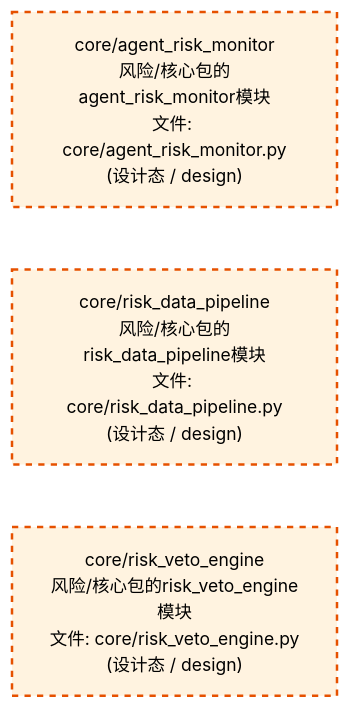
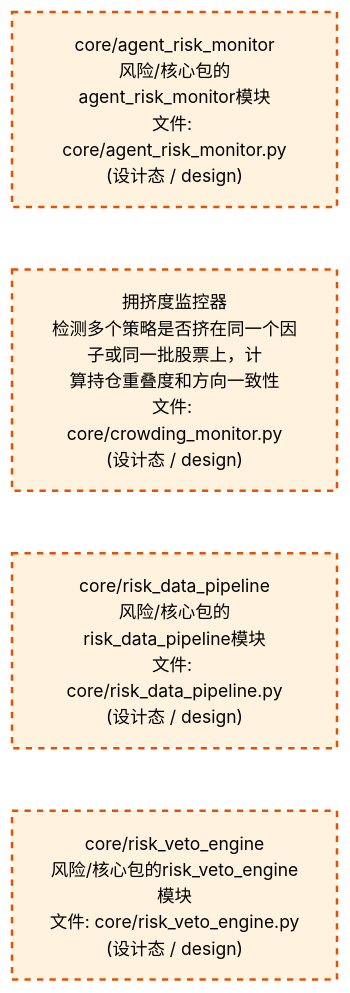
One commit to xuanFelixVan/ZephyrAlpha changed the third of 4 diagrams in docs/02_enterprise_architecture/02_domain_architecture_docs/65_d_risk.md. Above: the diagram before and after it, drawn with Mermaid. The commit also changed other lines of this file and 5 other files, not shown here.

````diff
--- a/docs/02_enterprise_architecture/02_domain_architecture_docs/65_d_risk.md
+++ b/docs/02_enterprise_architecture/02_domain_architecture_docs/65_d_risk.md
@@ -266,14 +270,16 @@
 ```mermaid
 %%{init: {'theme': 'base', 'themeVariables': {'primaryColor': '#eaeaea', 'primaryTextColor': '#333333', 'primaryBorderColor': '#666666', 'lineColor': '#666666', 'secondaryColor': '#eaeaea', 'tertiaryColor': '#eaeaea', 'fontSize': '14px'}}}%%
 flowchart TD
     src_zephyr_risk_core_agent_risk_monitor_py["core/agent_risk_monitor<br/>风险/核心包的agent_risk_monitor模块<br/>文件: core/agent_risk_monitor.py<br/>(设计态 / design)"]
+    src_zephyr_risk_core_crowding_monitor_py["拥挤度监控器<br/>检测多个策略是否挤在同一个因子或同一批股票上，计<br/>算持仓重叠度和方向一致性<br/>文件: core/crowding_monitor.py<br/>(设计态 / design)"]
     src_zephyr_risk_core_risk_data_pipeline_py["core/risk_data_pipeline<br/>风险/核心包的risk_data_pipeline模块<br/>文件: core/risk_data_pipeline.py<br/>(设计态 / design)"]
     src_zephyr_risk_core_risk_veto_engine_py["core/risk_veto_engine<br/>风险/核心包的risk_veto_engine模块<br/>文件: core/risk_veto_engine.py<br/>(设计态 / design)"]
-    src_zephyr_risk_core_agent_risk_monitor_py ~~~ src_zephyr_risk_core_risk_data_pipeline_py
+    src_zephyr_risk_core_agent_risk_monitor_py ~~~ src_zephyr_risk_core_crowding_monitor_py
+    src_zephyr_risk_core_crowding_monitor_py ~~~ src_zephyr_risk_core_risk_data_pipeline_py
     src_zephyr_risk_core_risk_data_pipeline_py ~~~ src_zephyr_risk_core_risk_veto_engine_py
     classDef production fill:#e1f5fe,stroke:#01579b,stroke-width:2px,color:#000
     classDef design fill:#fff3e0,stroke:#e65100,stroke-width:2px,color:#000,stroke-dasharray: 5 5
     classDef external_prod fill:#e8f4fd,stroke:#0277bd,stroke-width:1px,color:#000
     classDef external_design fill:#fff8e7,stroke:#ef6c00,stroke-width:1px,color:#000,stroke-dasharray: 5 5
-    class src_zephyr_risk_core_agent_risk_monitor_py,src_zephyr_risk_core_risk_data_pipeline_py,src_zephyr_risk_core_risk_veto_engine_py design
+    class src_zephyr_risk_core_agent_risk_monitor_py,src_zephyr_risk_core_crowding_monitor_py,src_zephyr_risk_core_risk_data_pipeline_py,src_zephyr_risk_core_risk_veto_engine_py design
 ```
````
